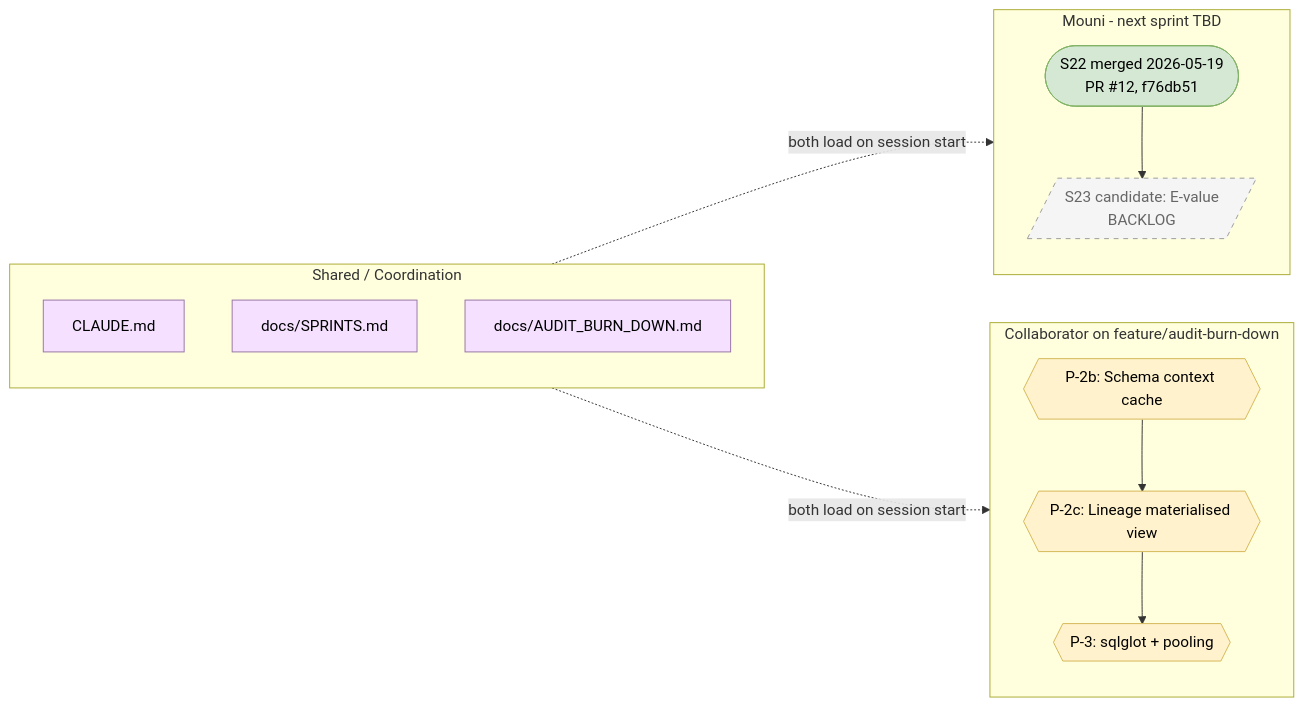
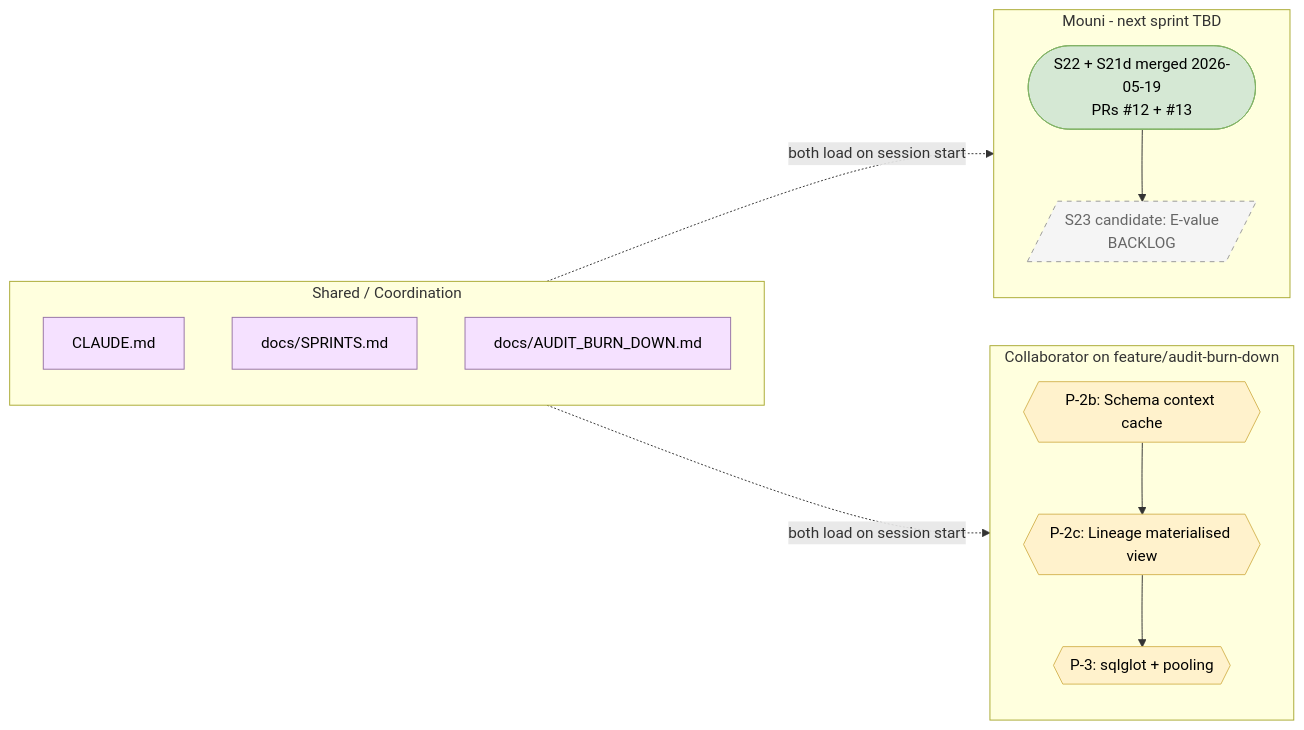
One commit to THIRD-I-AI/AURA changed the second of 2 diagrams in docs/SPRINTS.md. Above: the diagram before and after it, drawn with Mermaid. The commit also changed other lines of this file, not shown here.

First line of the commit message:
docs/SPRINTS.md: move S21d from In Flight to Completed (PR #13 squash-merged as 817b75e)

````diff
--- a/docs/SPRINTS.md
+++ b/docs/SPRINTS.md
@@ -113,32 +113,32 @@
 ```mermaid
 graph LR
     subgraph MOUNI [Mouni - next sprint TBD]
         direction TB
-        M0([S22 merged 2026-05-19<br/>PR #12, f76db51])
+        M0([S22 + S21d merged 2026-05-19<br/>PRs #12 + #13])
         M1[/S23 candidate: E-value<br/>BACKLOG/]
         M0 --> M1
     end
     subgraph COLLAB [Collaborator on feature/audit-burn-down]
         direction TB
         C1{{P-2b: Schema context cache}}
         C2{{P-2c: Lineage materialised view}}
         C3{{P-3: sqlglot + pooling}}
         C1 --> C2 --> C3
     end
     subgraph SHARED [Shared / Coordination]
         direction TB
         D1[CLAUDE.md]
         D2[docs/SPRINTS.md]
         D3[docs/AUDIT_BURN_DOWN.md]
     end
     SHARED -.->|both load on session start| MOUNI
     SHARED -.->|both load on session start| COLLAB
     classDef done fill:#d5e8d4,stroke:#82b366,color:#000
     classDef backlog fill:#fff2cc,stroke:#d6b656,color:#000
     classDef deferred fill:#f5f5f5,stroke:#999,color:#666,stroke-dasharray:5 5
     classDef shared fill:#f5e1ff,stroke:#9673a6,color:#000
     class M0 done
     class M1 deferred
     class C1,C2,C3 backlog
     class D1,D2,D3 shared
 ```
````
